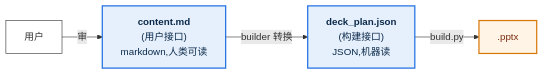
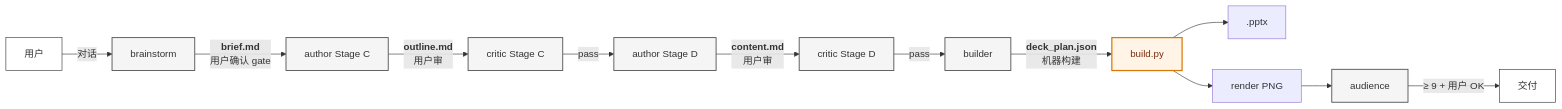
Before and after one commit to pcliangx/iLovePPT: the ninth of 11 diagrams in docs/agent-internals.zh.md, drawn with Mermaid. The commit also changed other lines of this file, not shown here.

First line of the commit message:
docs(internals): agent-internals.zh.md 升 v0.5.1(3 agent → 5 agent + 1 旁路)

````diff
--- a/docs/agent-internals.zh.md
+++ b/docs/agent-internals.zh.md
@@ -349,12 +511,21 @@
 ```mermaid
 flowchart LR
-    U[用户] -->|审| MD["<b>content.md</b><br/>(用户接口)<br/>markdown,人类可读"]
-    MD -->|builder 转换| JSON["<b>deck_plan.json</b><br/>(构建接口)<br/>JSON,机器读"]
-    JSON -->|build.py| PPTX[".pptx"]
+    U[用户] -->|对话| BS[brainstorm]
+    BS -->|<b>brief.md</b><br/>用户确认 gate| AU1[author Stage C]
+    AU1 -->|<b>outline.md</b><br/>用户审| CR1[critic Stage C]
+    CR1 -->|pass| AU2[author Stage D]
+    AU2 -->|<b>content.md</b><br/>用户审| CR2[critic Stage D]
+    CR2 -->|pass| BD[builder]
+    BD -->|<b>deck_plan.json</b><br/>机器构建| BP[build.py]
+    BP --> PPTX[.pptx]
+    BP --> PNG[render PNG]
+    PNG --> AD[audience]
+    AD -->|≥ 9 + 用户 OK| DL[交付]
     classDef u fill:#FFF,stroke:#333
     classDef interface fill:#E6F0FC,stroke:#1E6FE0,stroke-width:2px,color:#0B2A4A
+    classDef agent fill:#F5F5F5,stroke:#555,stroke-width:1.5px
     classDef tool fill:#FFF4E6,stroke:#D97706,stroke-width:2px,color:#7C2D12
-    class U u
-    class MD,JSON interface
-    class PPTX tool
+    class U,DL u
+    class BS,AU1,AU2,CR1,CR2,BD,AD agent
+    class BP tool
 ```
````
